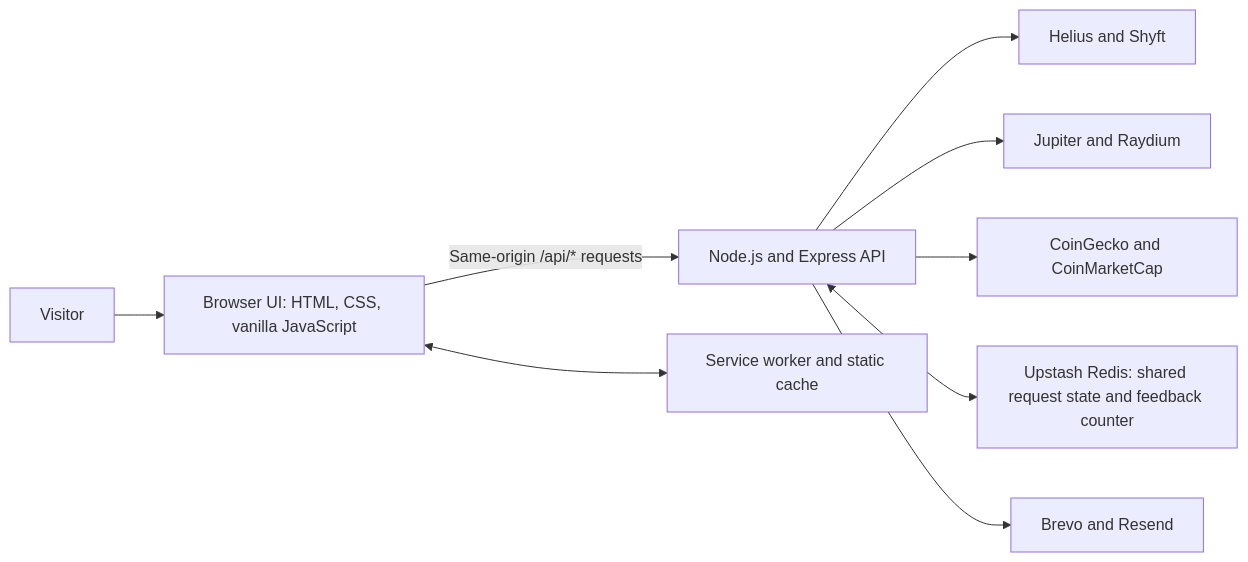
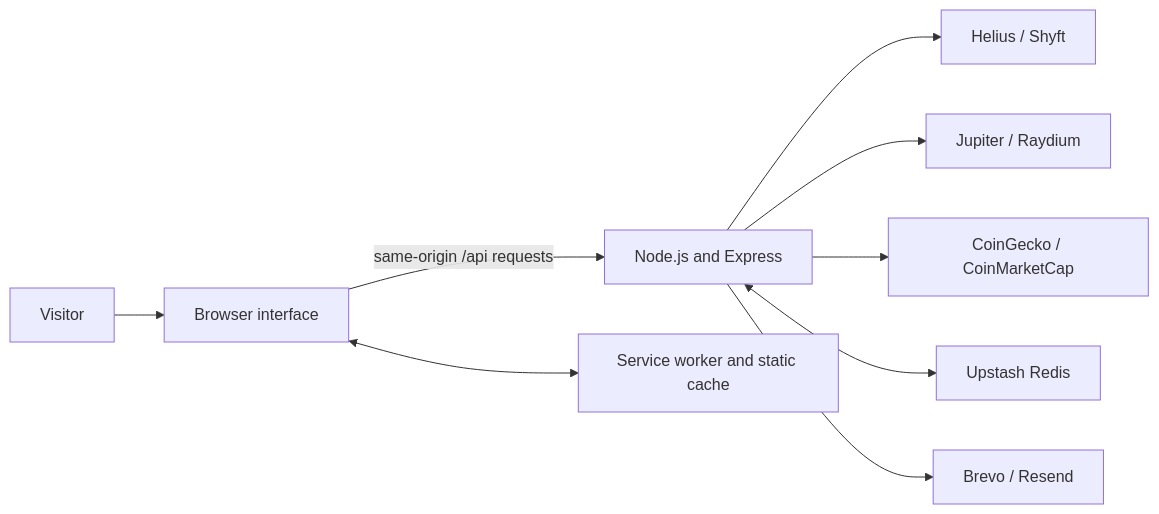
The first of 2 diagrams in README.md (enechiphilipchikamso-blip/Ichnite), drawn with Mermaid before and after one commit. The commit also changed other lines of this file and 7 other files, not shown here.

````diff
--- a/README.md
+++ b/README.md
@@ -109,11 +53,11 @@
 ```mermaid
 flowchart LR
-    U["Visitor"] --> B["Browser UI: HTML, CSS, vanilla JavaScript"]
-    B -->|"Same-origin /api/* requests"| A["Node.js and Express API"]
+    U["Visitor"] --> B["Browser interface"]
+    B -->|"same-origin /api requests"| A["Node.js and Express"]
     B <--> SW["Service worker and static cache"]
-    A --> H["Helius and Shyft"]
-    A --> T["Jupiter and Raydium"]
-    A --> P["CoinGecko and CoinMarketCap"]
-    A <--> R["Upstash Redis: shared request state and feedback counter"]
-    A --> E["Brevo and Resend"]
+    A --> H["Helius / Shyft"]
+    A --> T["Jupiter / Raydium"]
+    A --> P["CoinGecko / CoinMarketCap"]
+    A <--> R["Upstash Redis"]
+    A --> E["Brevo / Resend"]
 ```
````
